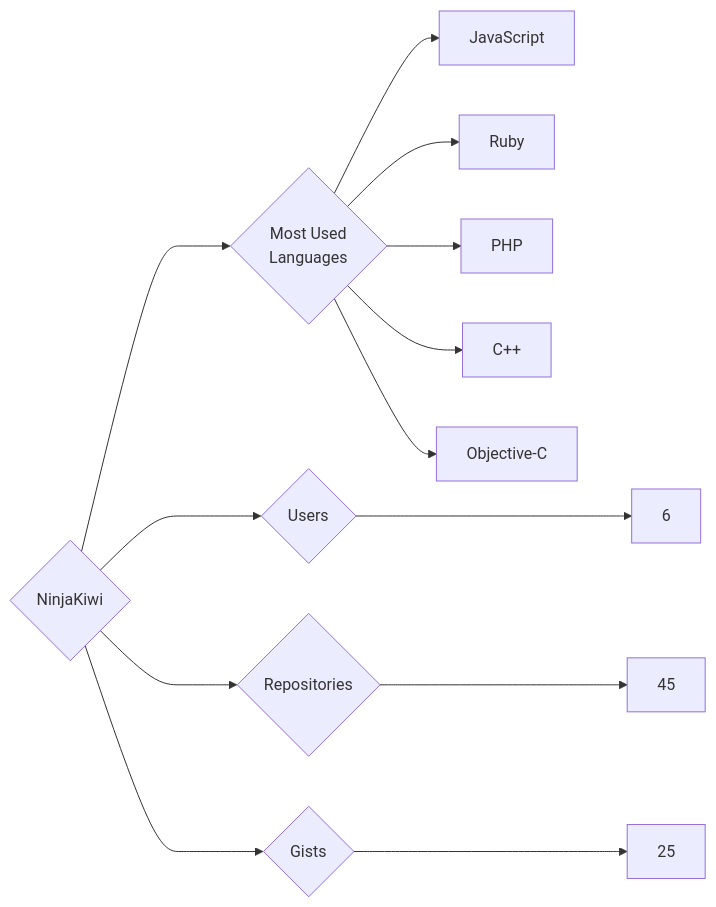
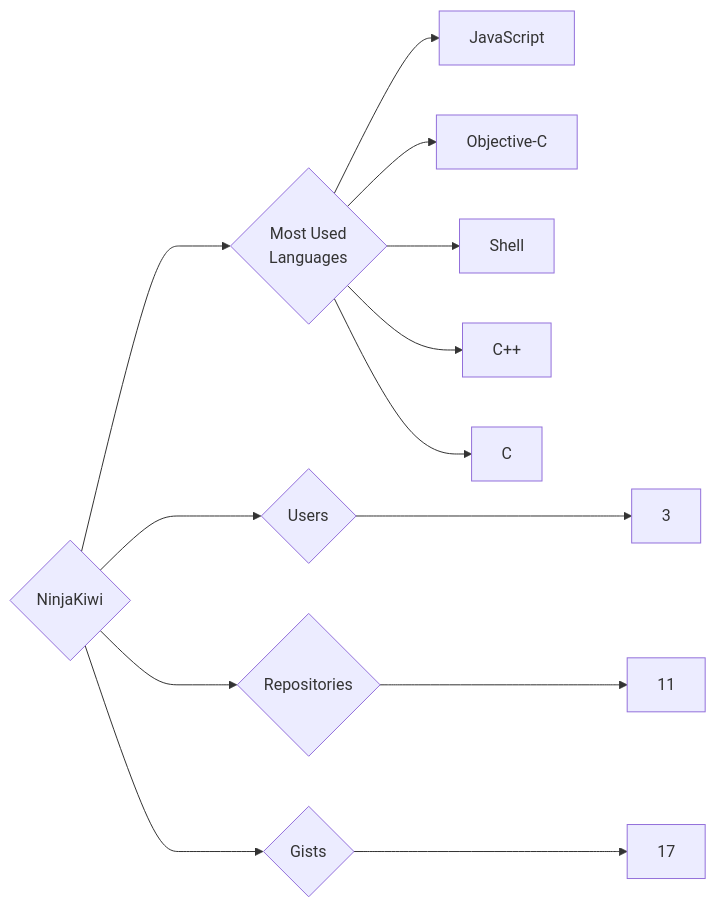
Before and after one commit to trickest/insiders: the diagram in targets/NinjaKiwi/README.md, drawn with Mermaid. The commit also changed 953 other files, not shown here.

````diff
--- a/targets/NinjaKiwi/README.md
+++ b/targets/NinjaKiwi/README.md
@@ -3,13 +3,13 @@
 ```mermaid
 graph LR
 COMPANY_NAME{NinjaKiwi}
-COMPANY_NAME ---> U{Users} ---> UN[6]
-COMPANY_NAME ---> R{Repositories} ---> RN[45]
-COMPANY_NAME ---> G{Gists} ---> GN[25]
+COMPANY_NAME ---> U{Users} ---> UN[3]
+COMPANY_NAME ---> R{Repositories} ---> RN[11]
+COMPANY_NAME ---> G{Gists} ---> GN[17]
 COMPANY_NAME ---> ML{Most Used<br>Languages}
 ML --> JavaScript[JavaScript]
-ML --> Ruby[Ruby]
-ML --> PHP[PHP]
+ML --> Objective-C[Objective-C]
+ML --> Shell[Shell]
 ML --> C++[C++]
-ML --> Objective-C[Objective-C]
+ML --> C[C]
 ```
````
